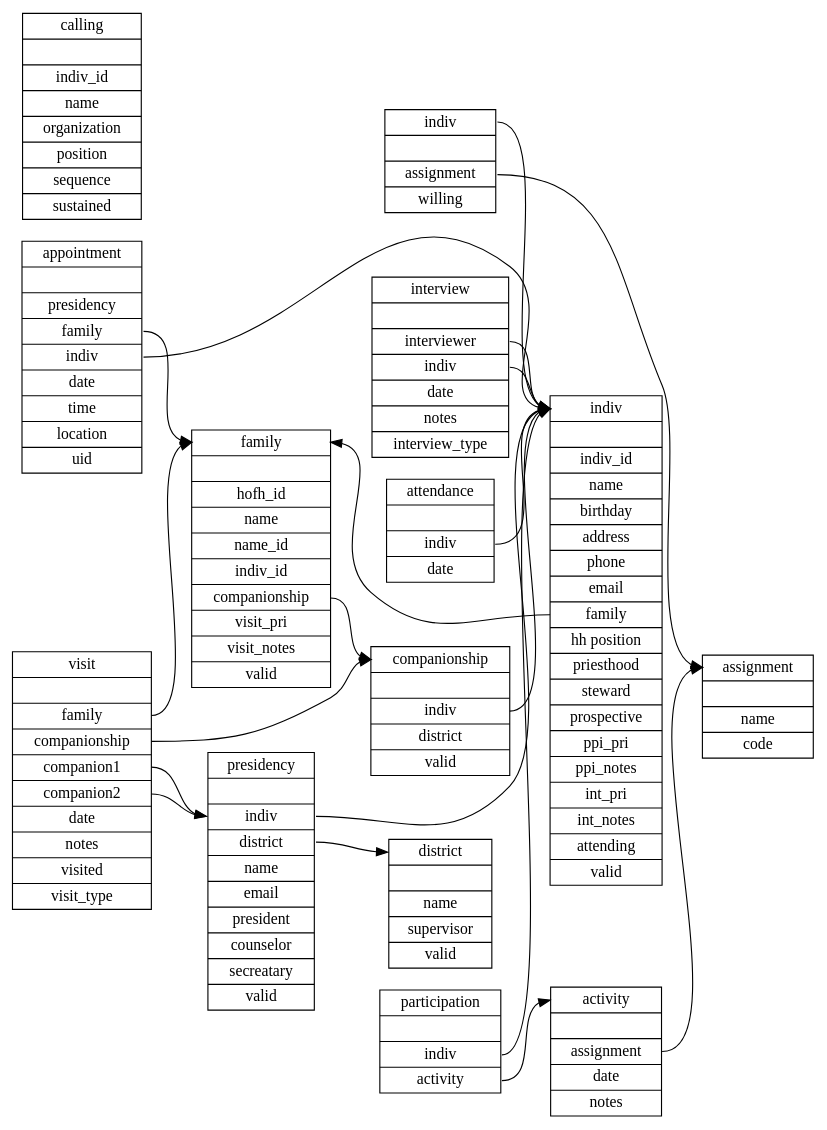
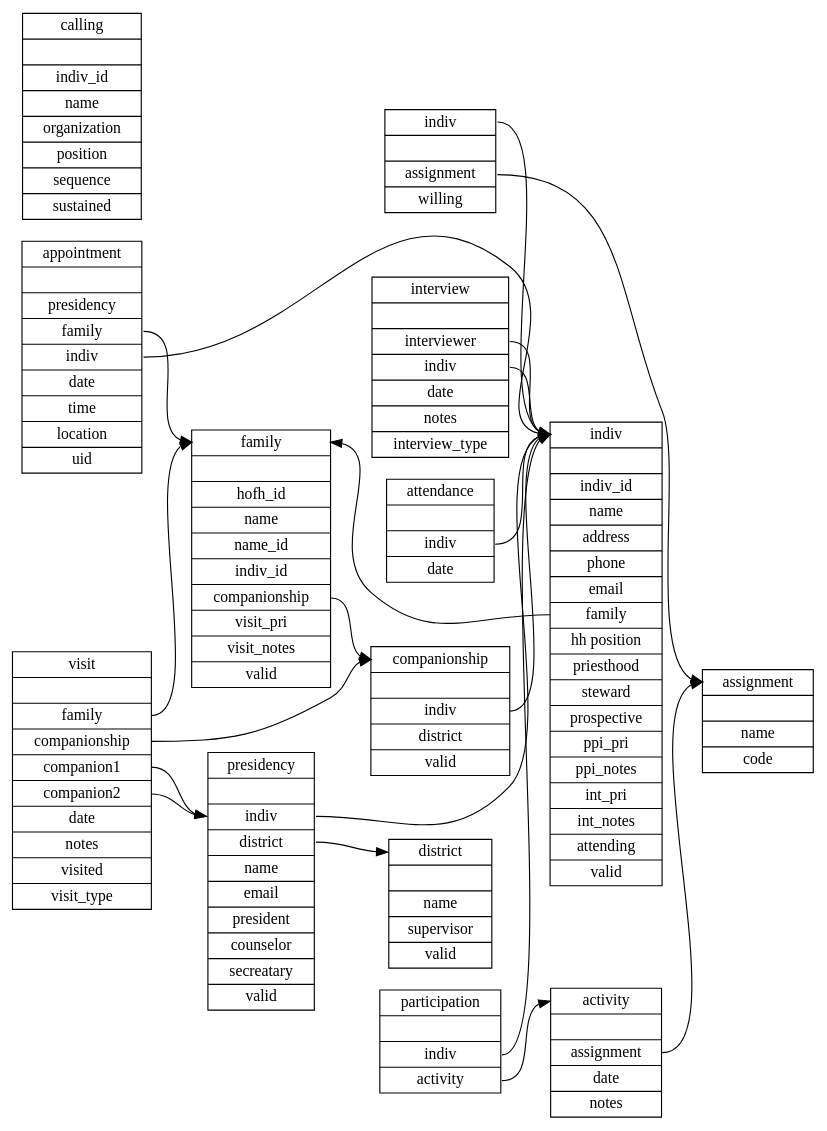
One commit to apippin/tc changed the diagram in sql/schema.dot. Above: the diagram before and after it, drawn with Graphviz. The commit also changed 6 other files, not shown here.

Commit message:
removing birthday field from tc_indiv since we don't use it and it is personal info

```diff
--- a/sql/schema.dot
+++ b/sql/schema.dot
@@ -1,90 +1,90 @@
 digraph schema {
   graph [
     rankdir = "LR"
   ];
   family   [
     label = "<f> family||<i> hofh_id|<n> name|<ni> name_id|<i> indiv_id|<c> companionship|<vp> visit_pri|<vn> visit_notes|<v> valid"
     shape = "record"
   ];
   indiv   [
-    label = "<i> indiv||<id> indiv_id|<n> name|<b> birthday|<a> address|<p> phone|<em> email|<f> family|<hh> hh position|<po> priesthood|<st> steward|<pr> prospective|<pp> ppi_pri|<t> ppi_notes|<ip> int_pri|<in> int_notes|<a> attending|<v> valid"
+    label = "<i> indiv||<id> indiv_id|<n> name|<a> address|<p> phone|<em> email|<f> family|<hh> hh position|<po> priesthood|<st> steward|<pr> prospective|<pp> ppi_pri|<t> ppi_notes|<ip> int_pri|<in> int_notes|<a> attending|<v> valid"
     shape = "record"
   ];
   companionship   [
     label = "<c> companionship||<i> indiv|<d> district|<v> valid"
     shape = "record"
   ];
   visit   [
     label = "<v> visit||<f> family|<c> companionship|<c1> companion1|<c2> companion2|<t> date|<n> notes|<v> visited|<vt> visit_type"
     shape = "record"
   ];
   interview   [
     label = "<in> interview||<i> interviewer|<il> indiv|<t> date|<n> notes|<it> interview_type"
     shape = "record"
   ];
   activity   [
     label = "<a> activity||<s> assignment|<t> date|<n> notes"
     shape = "record"
   ];
   participation   [
     label = "participation||<i> indiv|<a> activity"
     shape = "record"
   ];
   attendance   [
     label = "attendance||<i> indiv|<d> date"
     shape = "record"
   ];
   appointment   [
     label = "<a> appointment||<p> presidency|<f> family|<i> indiv |<d> date|<t> time|<l> location|<u> uid"
     shape = "record"
   ];
   assignment    [
     label = "<a> assignment||<n> name|<c> code"
     shape = "record"
   ];
   calling       [
     label = "calling||<i> indiv_id|<n> name|<o> organization|<p> position|<s> sequence|<t> sustained"
     shape = "record"
   ];
   district      [
     label = "<d> district||<n> name|<s> supervisor|<v> valid"
     shape = "record"
   ];
   presidency    [
     label = "<p> presidency||<i> indiv|<d> district|<n> name|<em> email|<pr> president|<cn> counselor|<sec> secreatary|<v> valid"
     shape = "record"
   ];
   willingness   [
     label = "<i> indiv||<a> assignment|<w> willing"
     shape = "record"
   ];
 
   family:c        -> companionship:c
   companionship:i -> indiv:i
 
   appointment:i   -> indiv:i
   appointment:f   -> family:f
 
   interview:il    -> indiv:i
   interview:i     -> indiv:i
 
   presidency:i    -> indiv:i
   presidency:d    -> district:d
 
   willingness:i   -> indiv:i
   willingness:a   -> assignment:a
 
   activity:s      -> assignment:a
 
   visit:c         -> companionship:c
   visit:f         -> family:f
   visit:c1        -> presidency:i
   visit:c2        -> presidency:i
 
   participation:i -> indiv:i
   participation:a -> activity:a
 
   attendance:i    -> indiv:i
 
   indiv:f        -> family:f
 }
```
